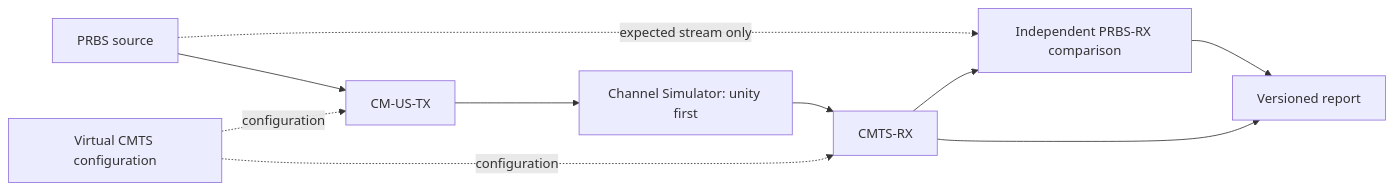
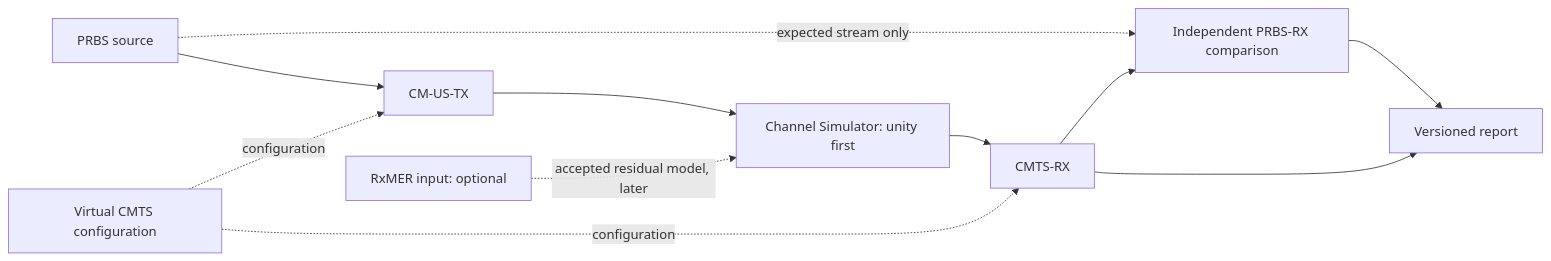
Before and after one commit to PyPNMApps/morgana: the first of 13 diagrams in docs/architecture.md, drawn with Mermaid. The commit also changed other lines of this file and 5 other files, not shown here.

Commit message:
Documentation: Stage channel and RxMER architecture - Add linked channel stages and upstream RxMER input - Add major-section contents and planned file paths - Tests: Validation gate and section links pass

````diff
--- a/docs/architecture.md
+++ b/docs/architecture.md
@@ -24,12 +41,13 @@
 ```mermaid
 flowchart LR
     PRBS[PRBS source] --> TX[CM-US-TX]
     TX --> CH[Channel Simulator: unity first]
+    MER[RxMER input: optional] -. accepted residual model, later .-> CH
     CH --> RX[CMTS-RX]
     CFG[Virtual CMTS configuration] -. configuration .-> TX
     CFG -. configuration .-> RX
     PRBS -. expected stream only .-> TRUTH[Independent PRBS-RX comparison]
     RX --> TRUTH
     TRUTH --> REPORT
     RX --> REPORT[Versioned report]
 ```
````
